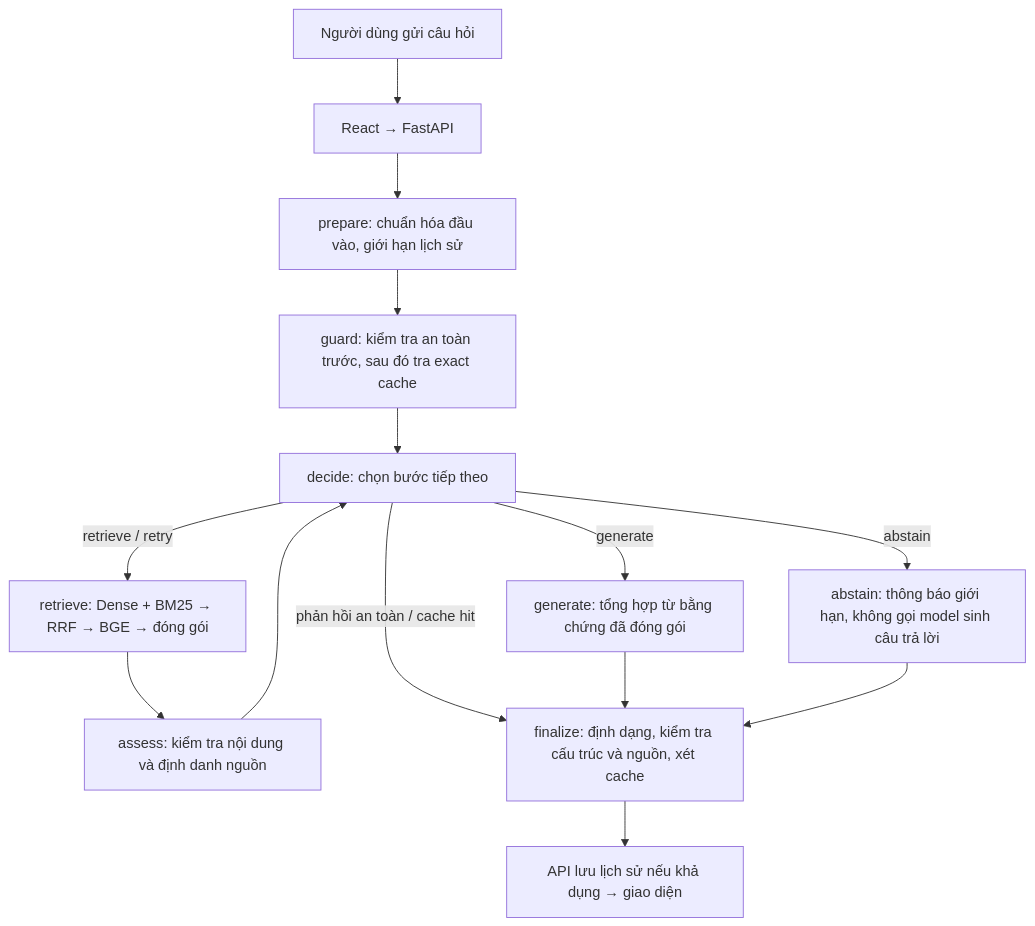
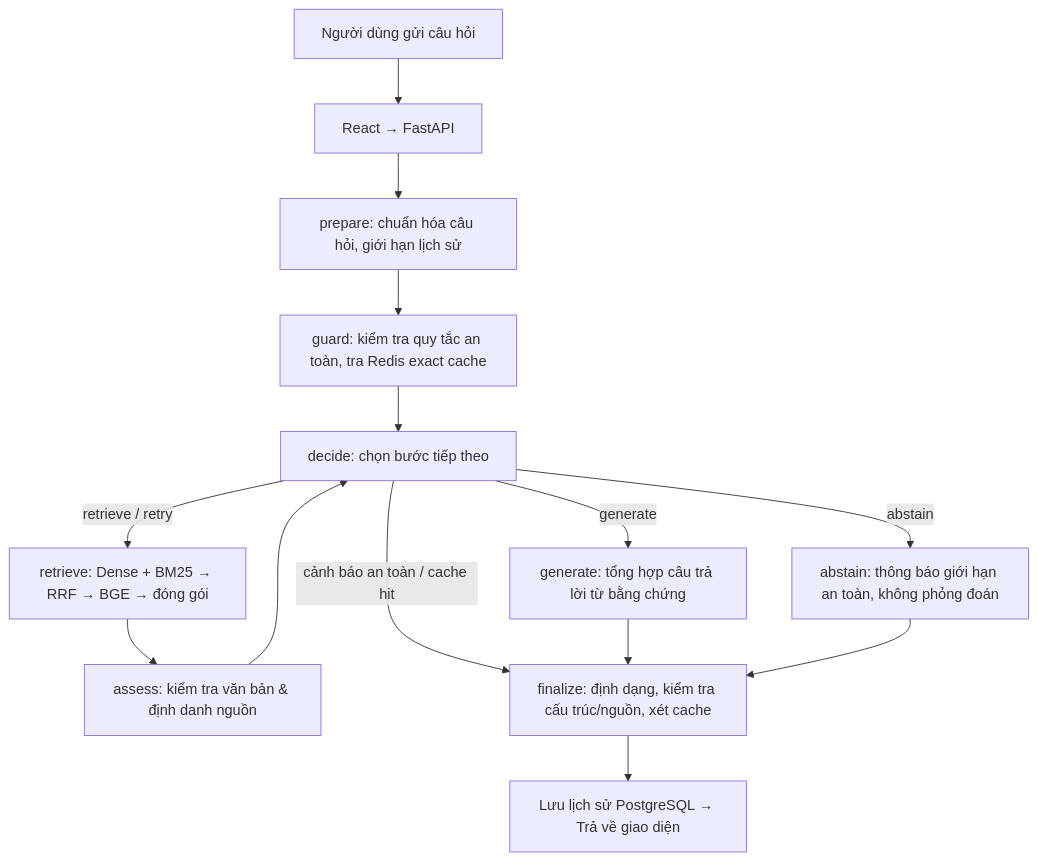
Before and after one commit to MinhHoang1403/Acne_Advisor_AI: the second of 2 diagrams in README.md, drawn with Mermaid. The commit also changed other lines of this file and 4 other files, not shown here.

````diff
--- a/README.md
+++ b/README.md
@@ -102,16 +107,16 @@
 ```mermaid
 flowchart TD
     U["Người dùng gửi câu hỏi"] --> API["React → FastAPI"]
-    API --> P["prepare: chuẩn hóa đầu vào, giới hạn lịch sử"]
-    P --> G["guard: kiểm tra an toàn trước, sau đó tra exact cache"]
+    API --> P["prepare: chuẩn hóa câu hỏi, giới hạn lịch sử"]
+    P --> G["guard: kiểm tra quy tắc an toàn, tra Redis exact cache"]
     G --> D["decide: chọn bước tiếp theo"]
     D -->|"retrieve / retry"| R["retrieve: Dense + BM25 → RRF → BGE → đóng gói"]
-    R --> A["assess: kiểm tra nội dung và định danh nguồn"]
+    R --> A["assess: kiểm tra văn bản & định danh nguồn"]
     A --> D
-    D -->|"generate"| L["generate: tổng hợp từ bằng chứng đã đóng gói"]
-    D -->|"abstain"| N["abstain: thông báo giới hạn, không gọi model sinh câu trả lời"]
-    D -->|"phản hồi an toàn / cache hit"| F["finalize: định dạng, kiểm tra cấu trúc và nguồn, xét cache"]
+    D -->|"generate"| L["generate: tổng hợp câu trả lời từ bằng chứng"]
+    D -->|"abstain"| N["abstain: thông báo giới hạn an toàn, không phỏng đoán"]
+    D -->|"cảnh báo an toàn / cache hit"| F["finalize: định dạng, kiểm tra cấu trúc/nguồn, xét cache"]
     L --> F
     N --> F
-    F --> O["API lưu lịch sử nếu khả dụng → giao diện"]
+    F --> O["Lưu lịch sử PostgreSQL → Trả về giao diện"]
 ```
````
